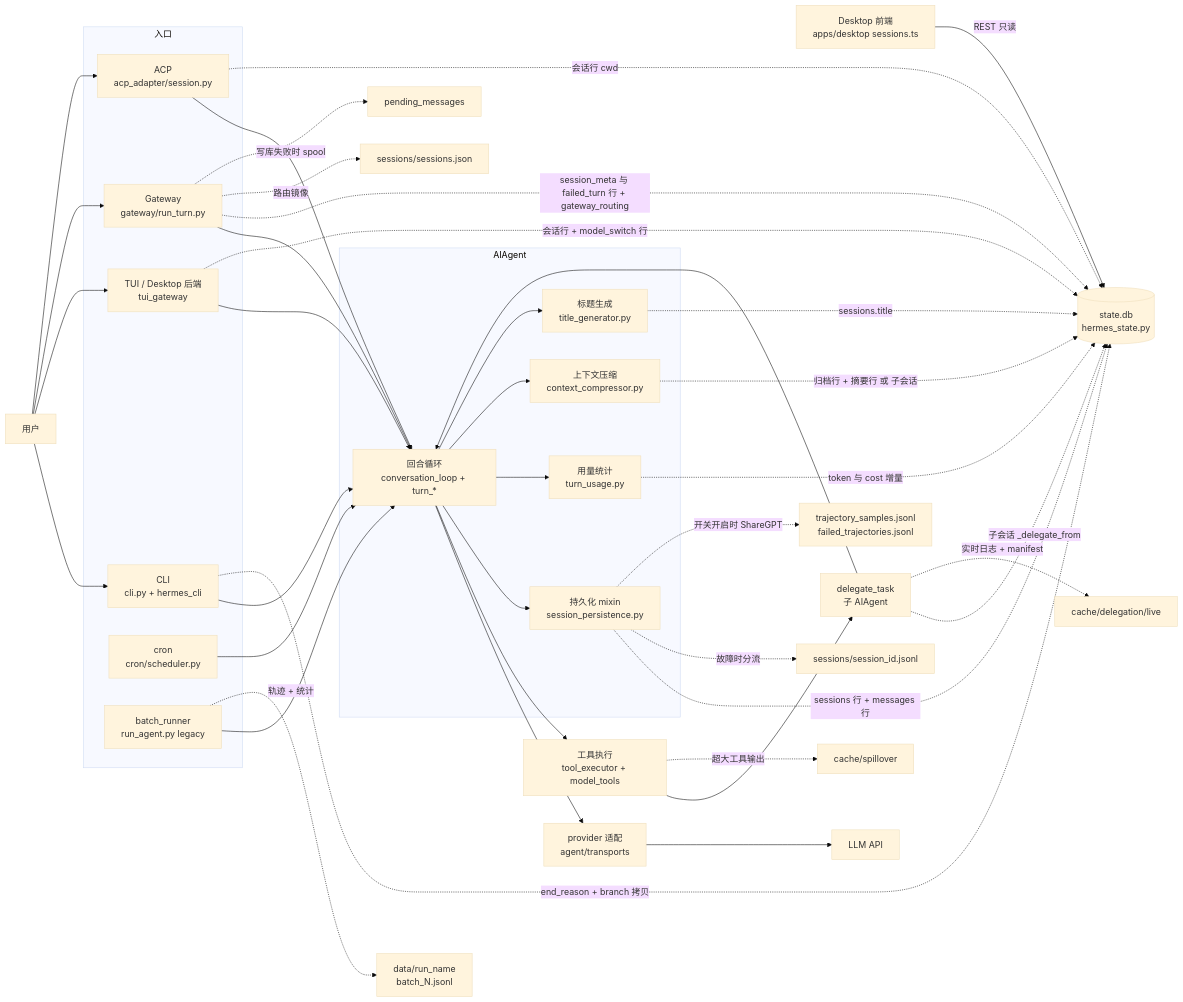
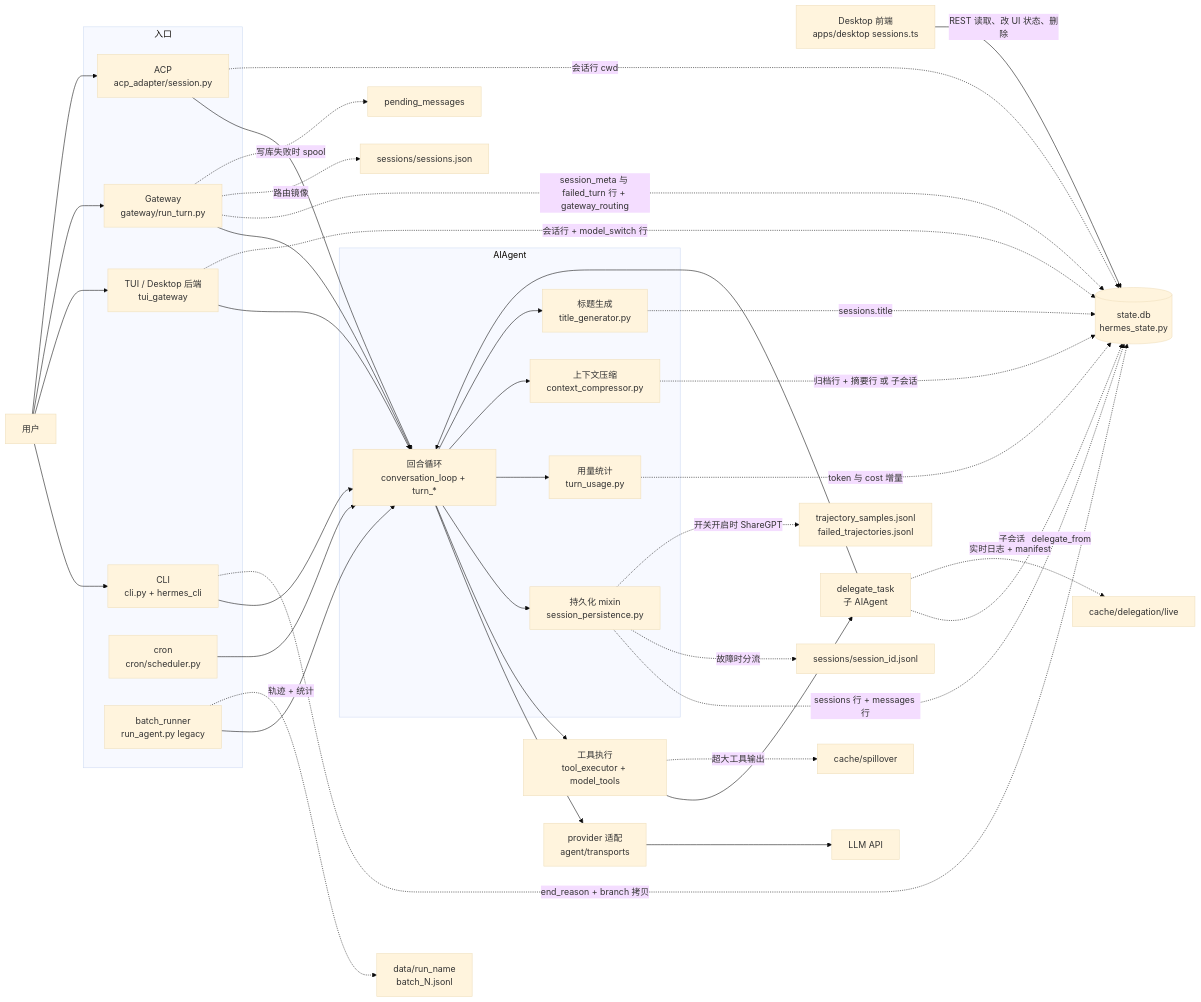
Before and after one commit to Orbit-Labs-AI/Orbit-Zhiyin: the first of 3 diagrams in docs/research/agent-sessions/hermes-agent.md, drawn with Mermaid (base theme). The commit also changed other lines of this file, not shown here.

````diff
--- a/docs/research/agent-sessions/hermes-agent.md
+++ b/docs/research/agent-sessions/hermes-agent.md
@@ -43,70 +43,70 @@
 ```mermaid
 flowchart LR
     U["用户"]
     subgraph ENTRY["入口"]
         CLI["CLI<br/>cli.py + hermes_cli"]
         TUI["TUI / Desktop 后端<br/>tui_gateway"]
         GW["Gateway<br/>gateway/run_turn.py"]
         ACP["ACP<br/>acp_adapter/session.py"]
         CRON["cron<br/>cron/scheduler.py"]
         BATCH["batch_runner<br/>run_agent.py legacy"]
     end
     DESK["Desktop 前端<br/>apps/desktop sessions.ts"]
     subgraph AGENT["AIAgent"]
         LOOPX["回合循环<br/>conversation_loop + turn_*"]
         PERS["持久化 mixin<br/>session_persistence.py"]
         USAGE["用量统计<br/>turn_usage.py"]
         COMPX["上下文压缩<br/>context_compressor.py"]
         TITLEX["标题生成<br/>title_generator.py"]
     end
     PROV["provider 适配<br/>agent/transports"]
     LLMX["LLM API"]
     TOOLSX["工具执行<br/>tool_executor + model_tools"]
     DELEG["delegate_task<br/>子 AIAgent"]
     DB[("state.db<br/>hermes_state.py")]
     SPILL["cache/spillover"]
     LIVE["cache/delegation/live"]
     TRAJ["trajectory_samples.jsonl<br/>failed_trajectories.jsonl"]
     BOUT["data/run_name<br/>batch_N.jsonl"]
     SJSON["sessions/sessions.json"]
     DIVERT["sessions/session_id.jsonl"]
     PEND["pending_messages"]
 
     U --> CLI
     U --> TUI
     U --> GW
     U --> ACP
     CLI --> LOOPX
     TUI --> LOOPX
     GW --> LOOPX
     ACP --> LOOPX
     CRON --> LOOPX
     BATCH --> LOOPX
     LOOPX --> PROV
     PROV --> LLMX
     LOOPX --> TOOLSX
     TOOLSX --> DELEG
     DELEG --> LOOPX
     LOOPX --> PERS
     LOOPX --> USAGE
     LOOPX --> COMPX
     LOOPX --> TITLEX
-    DESK -->|"REST 只读"| DB
+    DESK -->|"REST 读取、改 UI 状态、删除"| DB
 
     PERS -.->|"sessions 行 + messages 行"| DB
     PERS -.->|"故障时分流"| DIVERT
     PERS -.->|"开关开启时 ShareGPT"| TRAJ
     USAGE -.->|"token 与 cost 增量"| DB
     COMPX -.->|"归档行 + 摘要行 或 子会话"| DB
     TITLEX -.->|"sessions.title"| DB
     TOOLSX -.->|"超大工具输出"| SPILL
     DELEG -.->|"子会话 _delegate_from"| DB
     DELEG -.->|"实时日志 + manifest"| LIVE
     GW -.->|"session_meta 与 failed_turn 行 + gateway_routing"| DB
     GW -.->|"路由镜像"| SJSON
     GW -.->|"写库失败时 spool"| PEND
     TUI -.->|"会话行 + model_switch 行"| DB
     ACP -.->|"会话行 cwd"| DB
     CLI -.->|"end_reason + branch 拷贝"| DB
     BATCH -.->|"轨迹 + 统计"| BOUT
 ```
````
